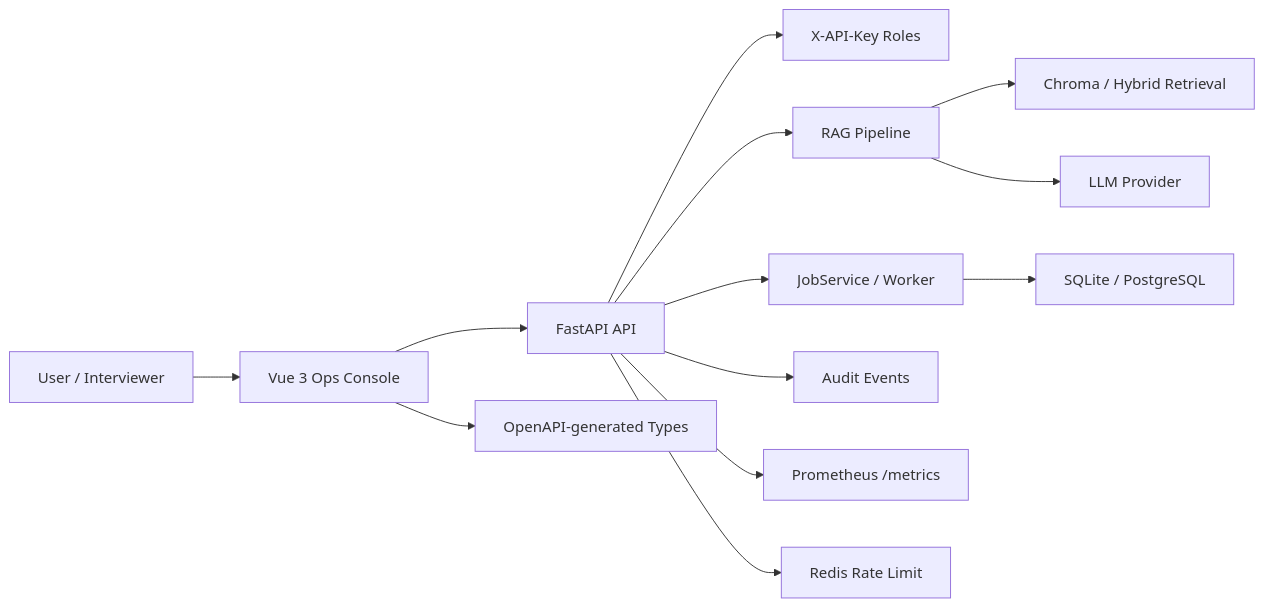
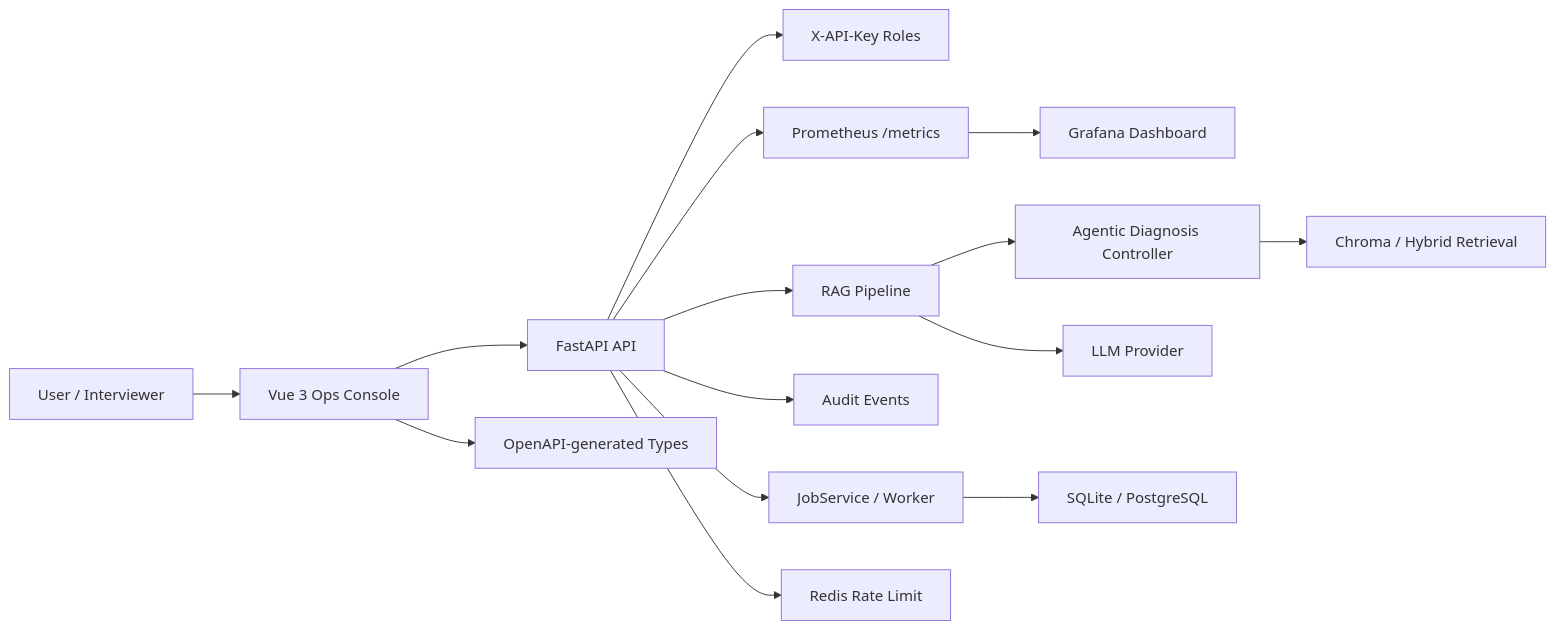
One commit to wyjhfl/project-a-rag-platform changed the diagram in README.md. Above: the diagram before and after it, drawn with Mermaid. The commit also changed other lines of this file and 46 other files, not shown here.

First line of the commit message:
feat: upgrade Project A to Agentic RAG diagnosis platform

````diff
--- a/README.md
+++ b/README.md
@@ -50,15 +50,17 @@
 ```mermaid
 flowchart LR
   User["User / Interviewer"] --> Web["Vue 3 Ops Console"]
   Web --> API["FastAPI API"]
   API --> Auth["X-API-Key Roles"]
   API --> RAG["RAG Pipeline"]
   API --> Jobs["JobService / Worker"]
   API --> Audit["Audit Events"]
   API --> Metrics["Prometheus /metrics"]
-  RAG --> Vector["Chroma / Hybrid Retrieval"]
+  Metrics --> Grafana["Grafana Dashboard"]
+  RAG --> Agent["Agentic Diagnosis Controller"]
+  Agent --> Vector["Chroma / Hybrid Retrieval"]
   RAG --> LLM["LLM Provider"]
   Jobs --> Store["SQLite / PostgreSQL"]
   API --> Redis["Redis Rate Limit"]
   Web --> OpenAPI["OpenAPI-generated Types"]
 ```
````
